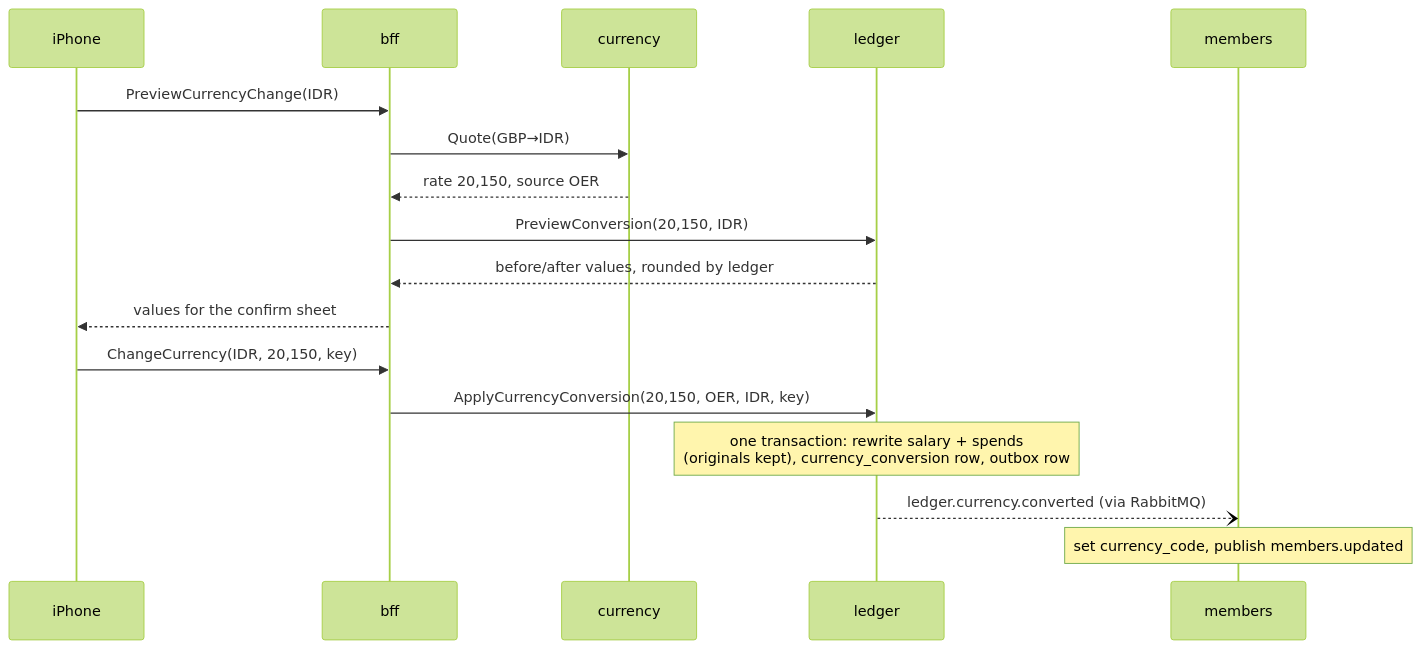
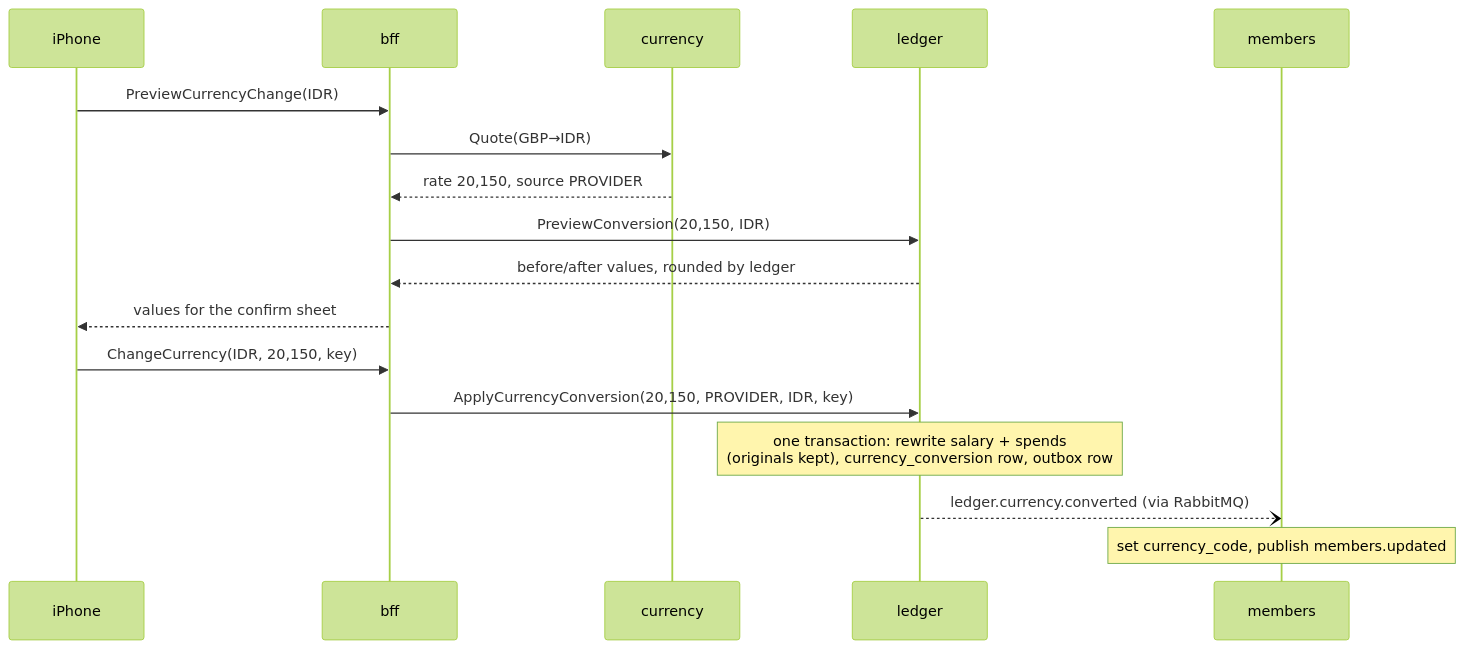
The fifth of 6 diagrams in docs/ARCHITECTURE.md (ravialdyh/my-money-recap-monorepo), drawn with Mermaid (forest theme) before and after one commit. The commit also changed other lines of this file, not shown here.

First line of the commit message:
docs(architecture): currency, the CSV export and members.updated match the contract

````diff
--- a/docs/ARCHITECTURE.md
+++ b/docs/ARCHITECTURE.md
@@ -239,19 +239,19 @@
 ```mermaid
 sequenceDiagram
     participant P as iPhone
     participant B as bff
     participant C as currency
     participant L as ledger
     participant M as members
     P->>B: PreviewCurrencyChange(IDR)
     B->>C: Quote(GBP→IDR)
-    C-->>B: rate 20,150, source OER
+    C-->>B: rate 20,150, source PROVIDER
     B->>L: PreviewConversion(20,150, IDR)
     L-->>B: before/after values, rounded by ledger
     B-->>P: values for the confirm sheet
     P->>B: ChangeCurrency(IDR, 20,150, key)
-    B->>L: ApplyCurrencyConversion(20,150, OER, IDR, key)
+    B->>L: ApplyCurrencyConversion(20,150, PROVIDER, IDR, key)
     Note over L: one transaction: rewrite salary + spends<br/>(originals kept), currency_conversion row, outbox row
     L--)M: ledger.currency.converted (via RabbitMQ)
     Note over M: set currency_code, publish members.updated
 ```
````
